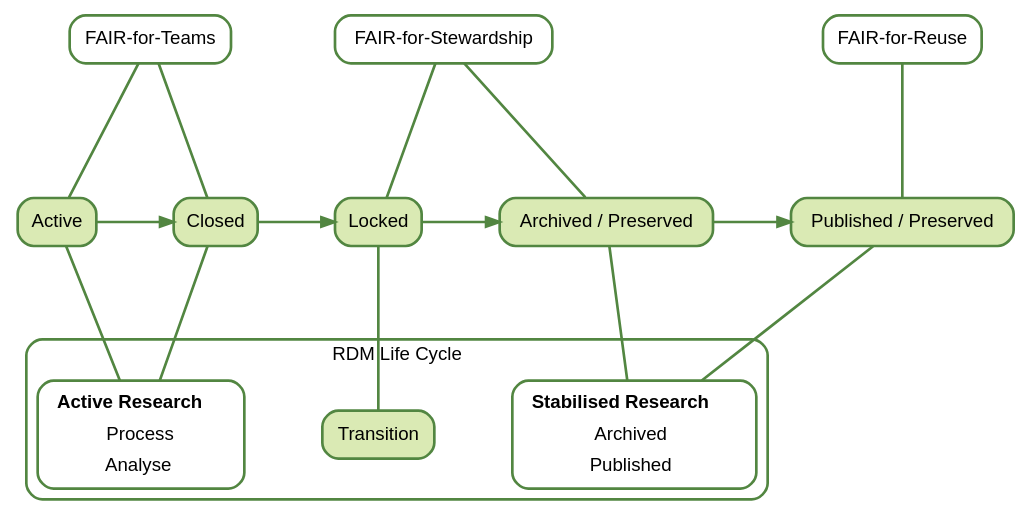
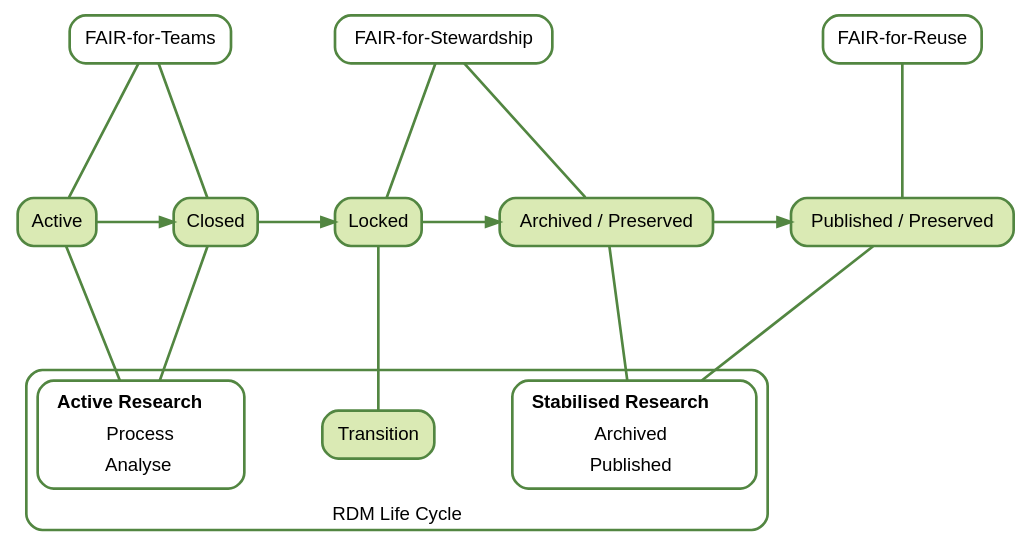
Before and after one commit to chStaiger/rdm-tech-foundations: the diagram in book/data-lifecycle.qmd, drawn with Graphviz. The commit also changed other lines of this file, not shown here.

```diff
--- a/book/data-lifecycle.qmd
+++ b/book/data-lifecycle.qmd
@@ -208,6 +204,7 @@
     style="rounded"
     color="#528641"
     penwidth=2
+    labelloc="b"
 
     /* Composite node for Active Research */
     R_active [
```
